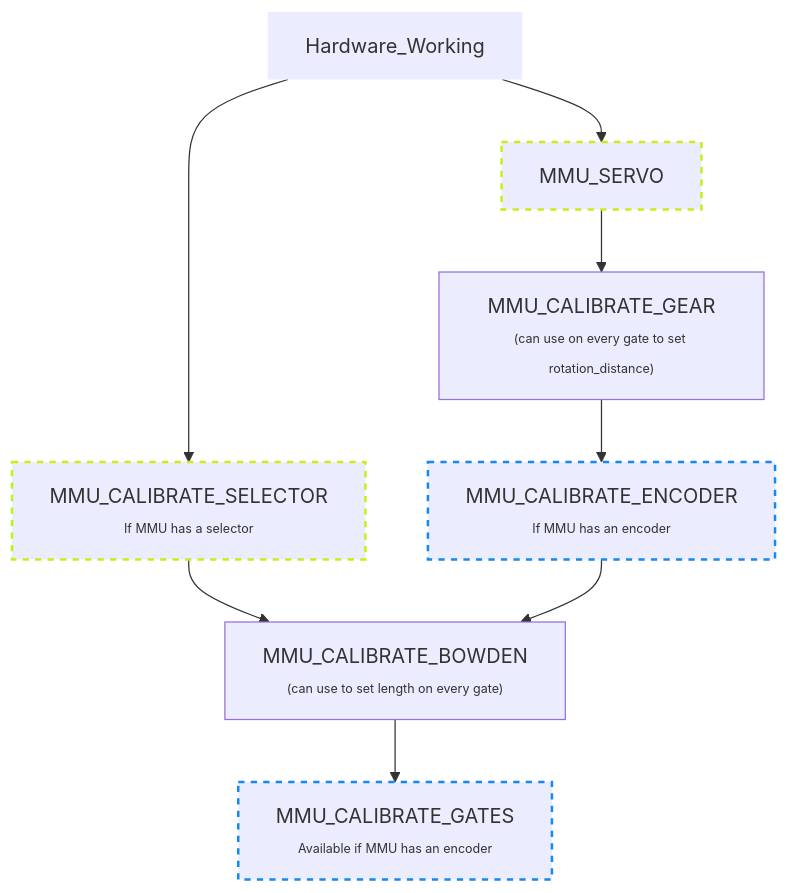
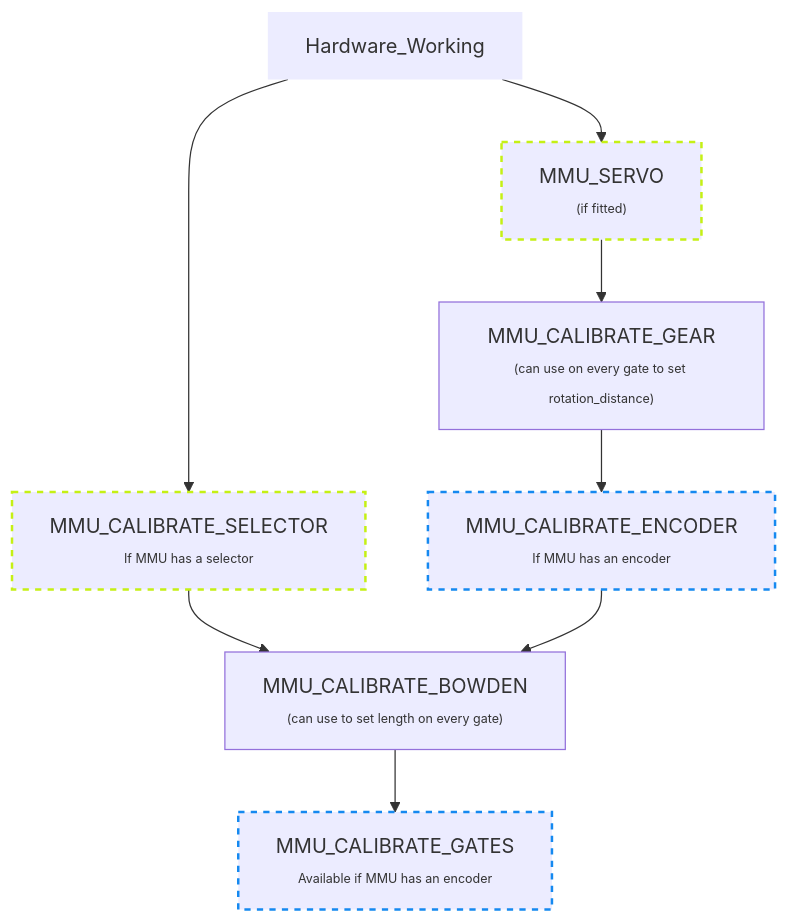
Before and after one commit to 3DCoded/Happy-Hare: the diagram in MMU-Calibration.md, drawn with Mermaid.

````diff
--- a/MMU-Calibration.md
+++ b/MMU-Calibration.md
@@ -22,16 +22,16 @@
 ```mermaid
 graph TD;
-    Hardware_Working --> MMU_SERVO
+    Hardware_Working --> MMU_SERVO["MMU_SERVO<br/><span style='font-size:10px'>(if fitted)</span>"]
     Hardware_Working --> MMU_CALIBRATE_SELECTOR["MMU_CALIBRATE_SELECTOR<br/><span style='font-size:10px'>If MMU has a selector</span>"]
     MMU_CALIBRATE_SELECTOR --> MMU_CALIBRATE_BOWDEN
     MMU_SERVO --> MMU_CALIBRATE_GEAR["MMU_CALIBRATE_GEAR<br/><span style='font-size:10px'>(can use on every gate to set rotation_distance)</span>"]
     MMU_CALIBRATE_GEAR --> MMU_CALIBRATE_ENCODER["MMU_CALIBRATE_ENCODER<br/><span style='font-size:10px'>If MMU has an encoder</span>"]
     MMU_CALIBRATE_ENCODER --> MMU_CALIBRATE_BOWDEN["MMU_CALIBRATE_BOWDEN<br/><span style='font-size:10px'>(can use to set length on every gate)</span>"]
     MMU_CALIBRATE_BOWDEN --> MMU_CALIBRATE_GATES["MMU_CALIBRATE_GATES<br/><span style='font-size:10px'>Available if MMU has an encoder</span>"]
 
     style Hardware_Working stroke-width:0px
     style MMU_SERVO stroke-dasharray: 5 5, stroke:#c5f015, stroke-width:2px
     style MMU_CALIBRATE_SELECTOR stroke-dasharray: 5 5, stroke:#c5f015, stroke-width:2px
     style MMU_CALIBRATE_ENCODER stroke-dasharray: 5 5, stroke:#1589f0, stroke-width:2px
     style MMU_CALIBRATE_GATES stroke-dasharray: 5 5, stroke:#1589f0, stroke-width:2px
 ```
````
